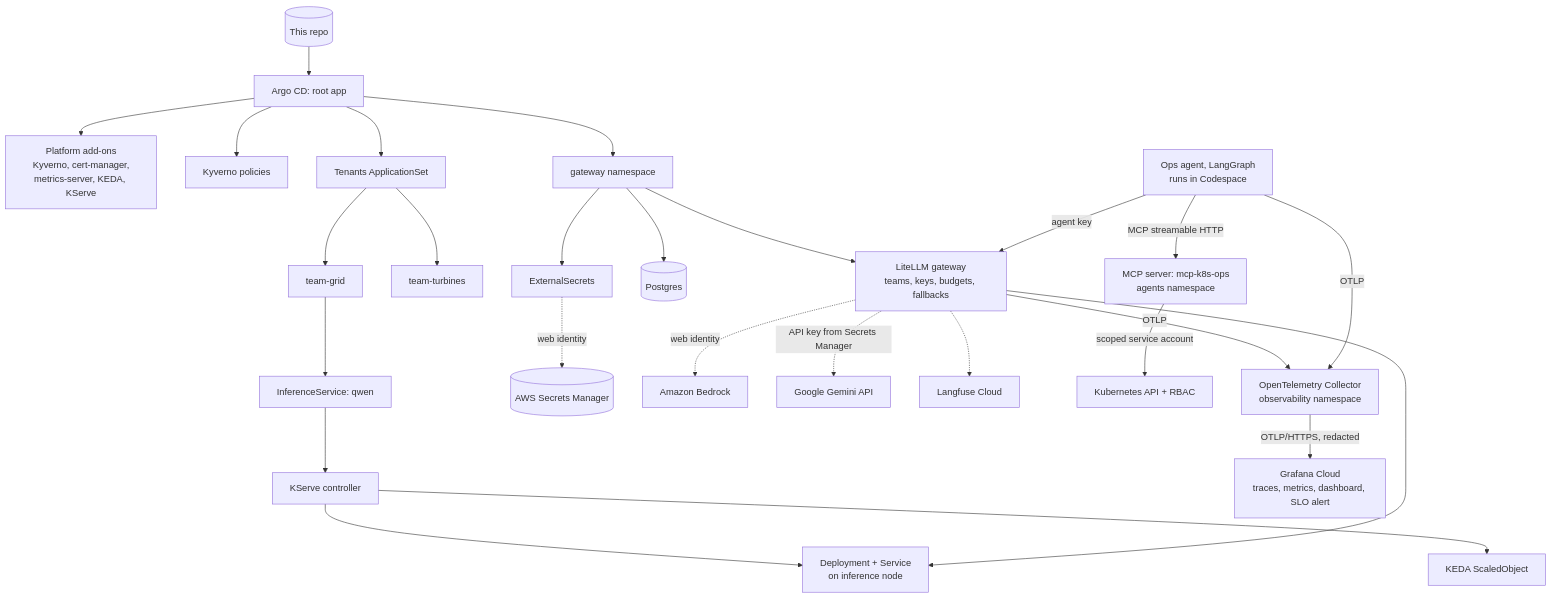
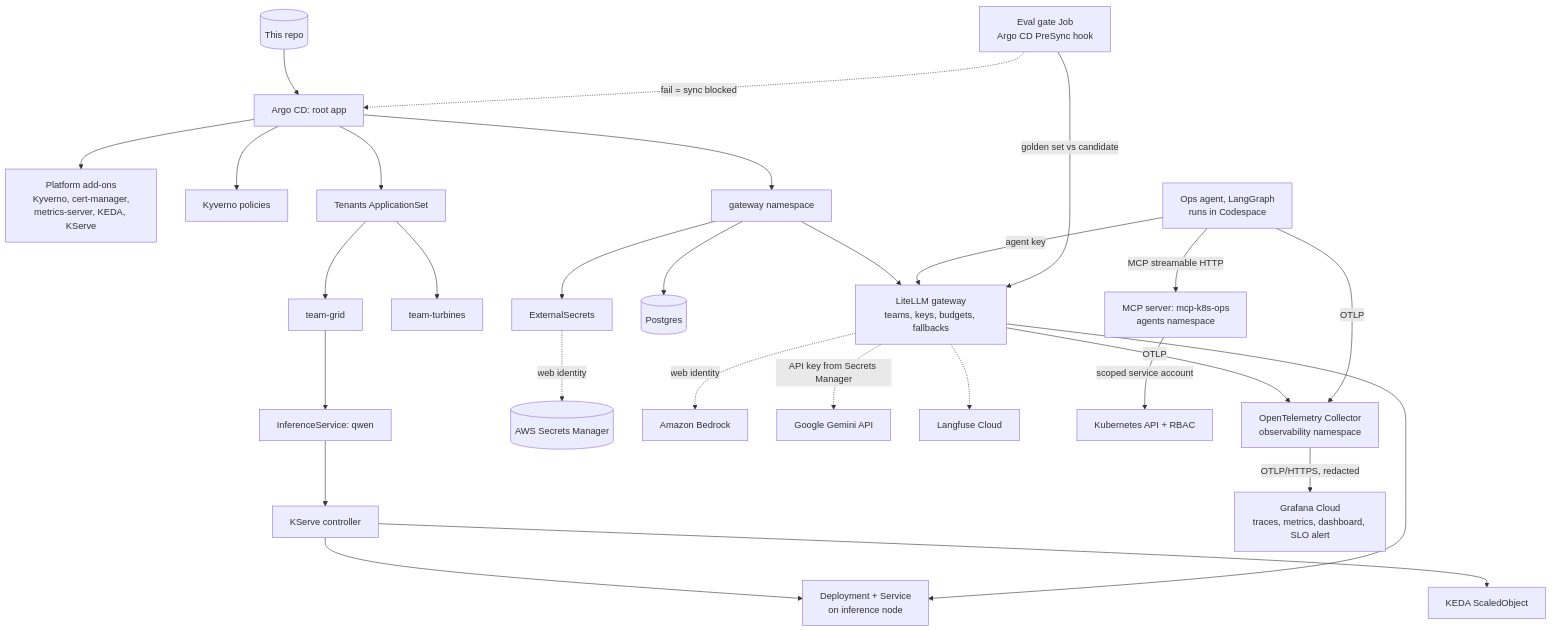
The diagram in README.md (agangwar07/mini-ai-platform), drawn with Mermaid before and after one commit. The commit also changed other lines of this file, not shown here.

````diff
--- a/README.md
+++ b/README.md
@@ -21,28 +21,30 @@
 ```mermaid
 flowchart TD
     Git[(This repo)] --> Root[Argo CD: root app]
     Root --> Addons[Platform add-ons<br/>Kyverno, cert-manager,<br/>metrics-server, KEDA, KServe]
     Root --> Policies[Kyverno policies]
     Root --> AppSet[Tenants ApplicationSet]
     AppSet --> Grid[team-grid]
     AppSet --> Turbines[team-turbines]
     Grid --> ISVC[InferenceService: qwen]
     ISVC --> KServe[KServe controller]
     KServe --> Deploy[Deployment + Service<br/>on inference node]
     KServe --> SO[KEDA ScaledObject]
     Root --> GW[gateway namespace]
     GW --> LiteLLM[LiteLLM gateway<br/>teams, keys, budgets, fallbacks]
     GW --> PG[(Postgres)]
     GW --> ESO[ExternalSecrets]
     ESO -.->|web identity| SM[(AWS Secrets Manager)]
     LiteLLM --> Deploy
     LiteLLM -.->|web identity| Bedrock[Amazon Bedrock]
     LiteLLM -.->|API key from Secrets Manager| Gemini[Google Gemini API]
     LiteLLM -.-> Langfuse[Langfuse Cloud]
     Agent[Ops agent, LangGraph<br/>runs in Codespace] -->|agent key| LiteLLM
     Agent -->|MCP streamable HTTP| MCP[MCP server: mcp-k8s-ops<br/>agents namespace]
     MCP -->|scoped service account| K8sAPI[Kubernetes API + RBAC]
     LiteLLM -->|OTLP| OTel[OpenTelemetry Collector<br/>observability namespace]
     Agent -->|OTLP| OTel
     OTel -->|OTLP/HTTPS, redacted| GC[Grafana Cloud<br/>traces, metrics, dashboard, SLO alert]
+    Gate[Eval gate Job<br/>Argo CD PreSync hook] -->|golden set vs candidate| LiteLLM
+    Gate -.->|fail = sync blocked| Root
 ```
````
